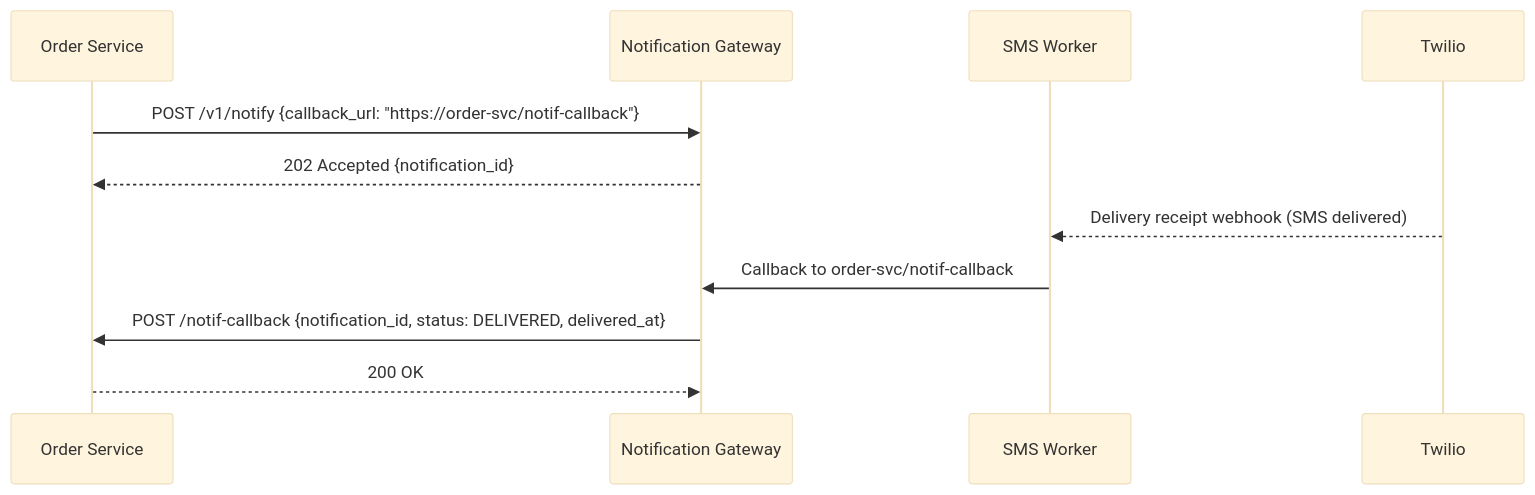
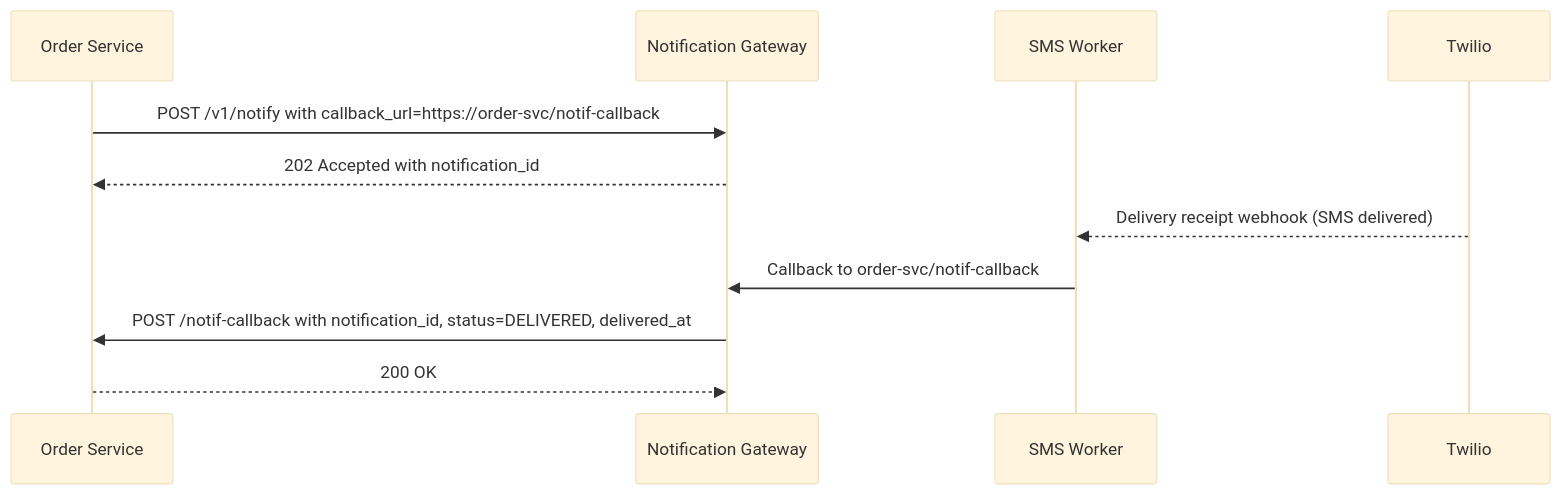
The sixth of 7 diagrams in notification-service/design/integration-patterns.md (bindian0509/system-design), drawn with Mermaid (base theme) before and after one commit. The commit also changed other lines of this file and 9 other files, not shown here.

Commit message:
fixing mermaid

````diff
--- a/notification-service/design/integration-patterns.md
+++ b/notification-service/design/integration-patterns.md
@@ -226,15 +217,15 @@
 ```mermaid
 sequenceDiagram
     participant S as Order Service
     participant GW as Notification Gateway
     participant Worker as SMS Worker
     participant Provider as Twilio
 
-    S->>GW: POST /v1/notify {callback_url: "https://order-svc/notif-callback"}
-    GW-->>S: 202 Accepted {notification_id}
+    S->>GW: POST /v1/notify with callback_url=https://order-svc/notif-callback
+    GW-->>S: 202 Accepted with notification_id
 
     Provider-->>Worker: Delivery receipt webhook (SMS delivered)
     Worker->>GW: Callback to order-svc/notif-callback
-    GW->>S: POST /notif-callback {notification_id, status: DELIVERED, delivered_at}
+    GW->>S: POST /notif-callback with notification_id, status=DELIVERED, delivered_at
     S-->>GW: 200 OK
 ```
````
